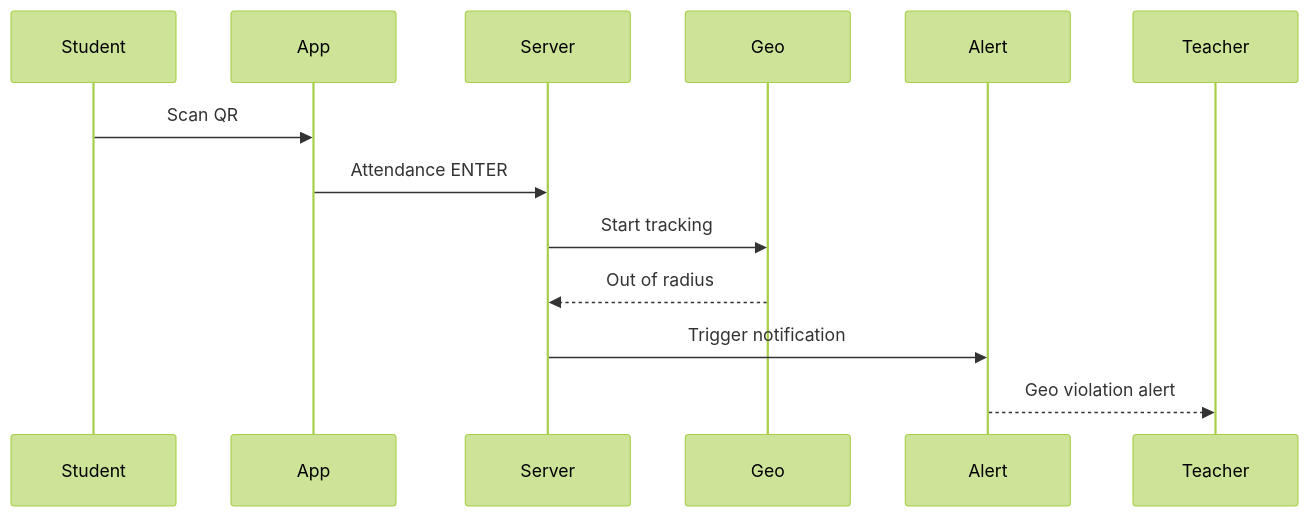
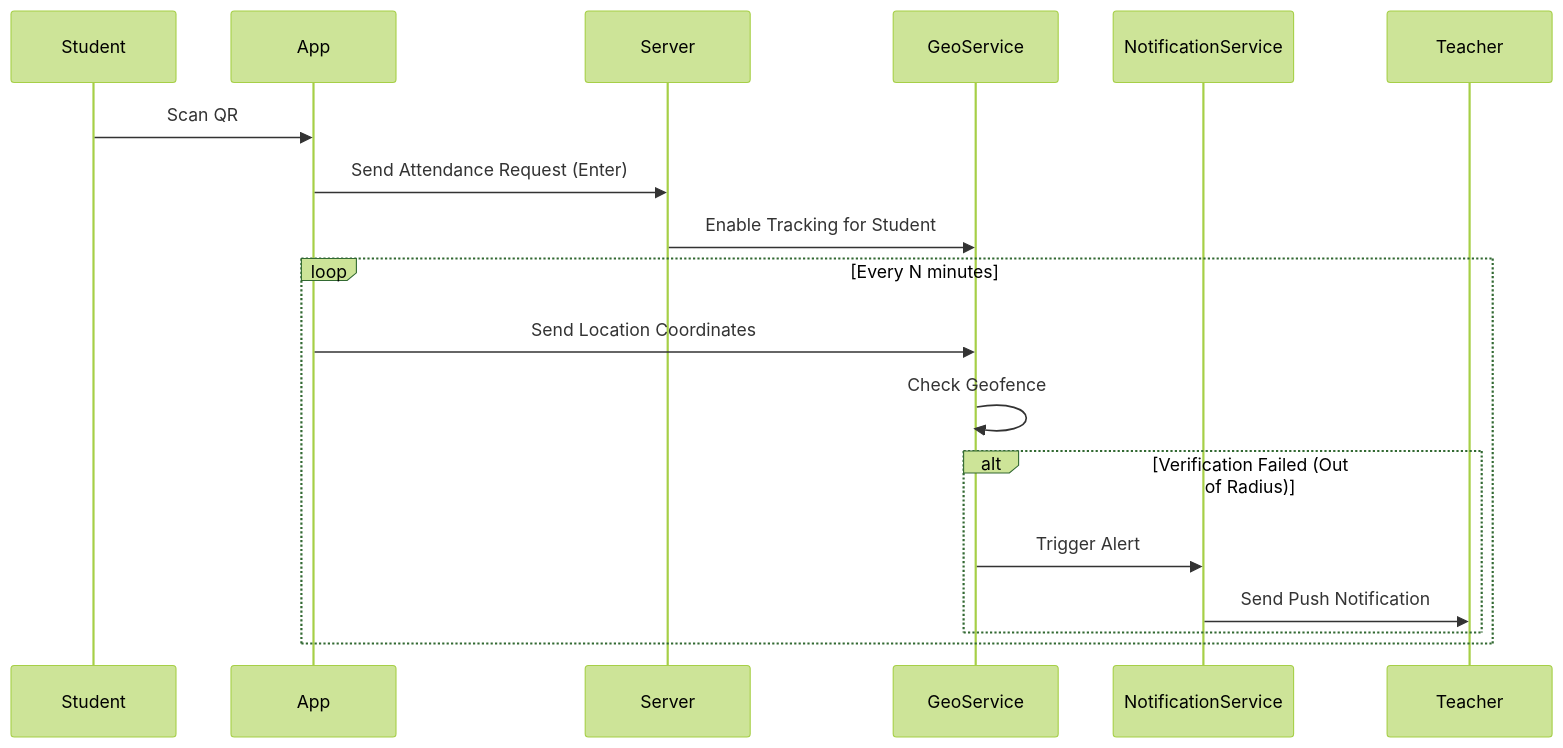
The diagram in 12_SEQUENCE_QR_GEO_ALERT.md (jitenderdeveloper/concept), drawn with Mermaid (forest theme) before and after one commit. The commit also changed other lines of this file and 4 other files, not shown here.

````diff
--- a/12_SEQUENCE_QR_GEO_ALERT.md
+++ b/12_SEQUENCE_QR_GEO_ALERT.md
@@ -4,15 +3,21 @@
 ```mermaid
 sequenceDiagram
 participant Student
 participant App
 participant Server
-participant Geo
-participant Alert
+participant GeoService
+participant NotificationService
+participant Teacher
 
 Student->>App: Scan QR
-App->>Server: Attendance ENTER
-Server->>Geo: Start tracking
-Geo-->>Server: Out of radius
-Server->>Alert: Trigger notification
-Alert-->>Teacher: Geo violation alert
+App->>Server: Send Attendance Request (Enter)
+Server->>GeoService: Enable Tracking for Student
+loop Every N minutes
+    App->>GeoService: Send Location Coordinates
+    GeoService->>GeoService: Check Geofence
+    alt Verification Failed (Out of Radius)
+        GeoService->>NotificationService: Trigger Alert
+        NotificationService->>Teacher: Send Push Notification
+    end
+end
 ```
````
